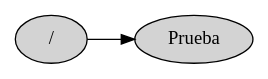
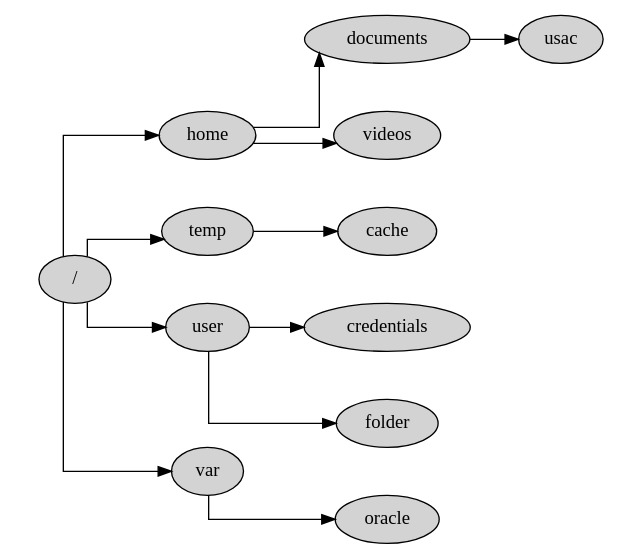
Before and after one commit to Eduardo01004/EDD_2S2019_PY2_201612124: the diagram in Proyecto2/Grafo.dot, drawn with Graphviz. The commit also changed 96 other files, not shown here.

```diff
--- a/Proyecto2/Grafo.dot
+++ b/Proyecto2/Grafo.dot
@@ -1,5 +1,16 @@
 digraph G{rankdir=LR;
  graph [splines=ortho, nodesep=0.5];
 node [shape=ellipse, style=filled]
-"/" -> "Prueba"
+"/" -> "/"[style=invis]
+"/" -> "home"
+"/" -> "temp"
+"/" -> "user"
+"/" -> "var"
+"documents" -> "usac"
+"home" -> "documents"
+"home" -> "videos"
+"temp" -> "cache"
+"user" -> "credentials"
+"user" -> "folder"
+"var" -> "oracle"
 }
```
